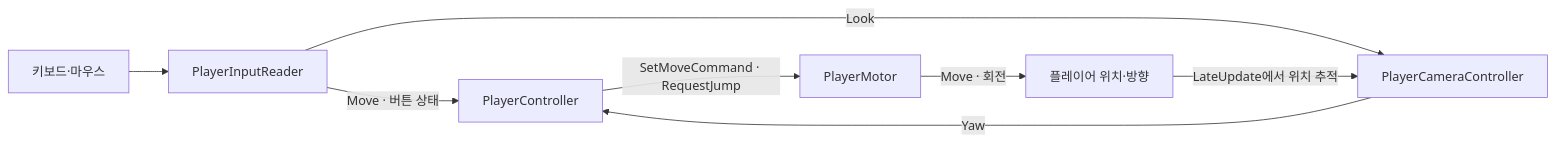
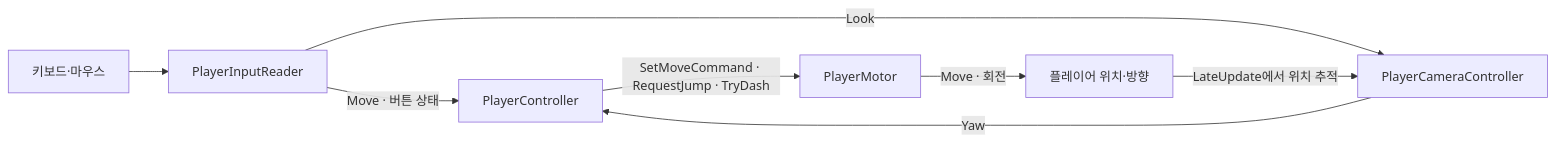
One commit to Sand-House/ProjectU changed the diagram in 플레이어 조작 가이드.md. Above: the diagram before and after it, drawn with Mermaid. The commit also changed other lines of this file and 10 other files, not shown here.

````diff
--- a/플레이어 조작 가이드.md
+++ b/플레이어 조작 가이드.md
@@ -96,10 +96,10 @@
 ```mermaid
 flowchart LR
     Device[키보드·마우스] --> Reader[PlayerInputReader]
     Reader -->|Move · 버튼 상태| Controller[PlayerController]
     Reader -->|Look| Camera[PlayerCameraController]
     Camera -->|Yaw| Controller
-    Controller -->|SetMoveCommand · RequestJump| Motor[PlayerMotor]
+    Controller -->|SetMoveCommand · RequestJump · TryDash| Motor[PlayerMotor]
     Motor -->|Move · 회전| Player[플레이어 위치·방향]
     Player -->|LateUpdate에서 위치 추적| Camera
 ```
````
